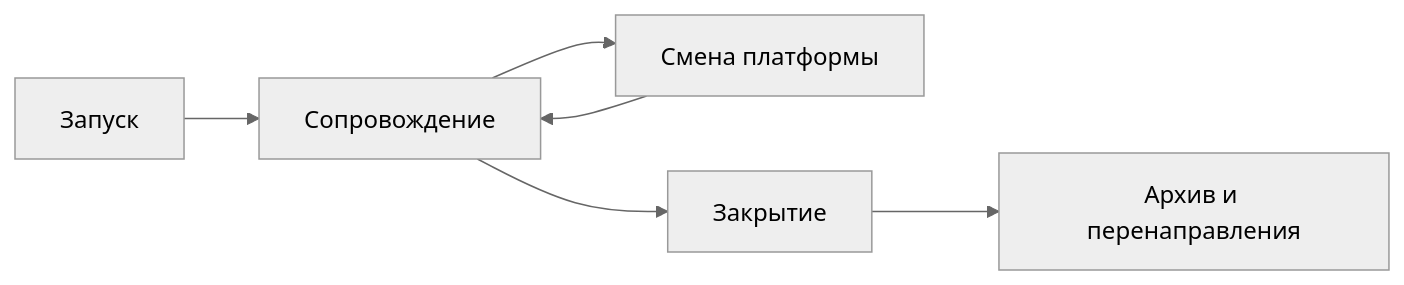
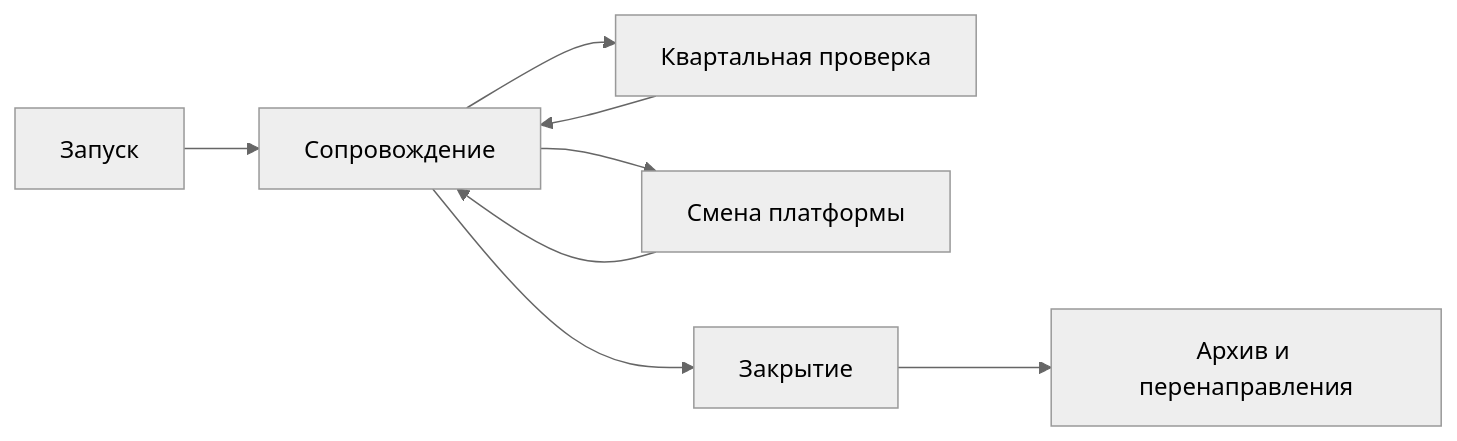
The diagram in docs/09-practices/03-lifecycle.md (ivbeg/data-catalogs-book), drawn with Mermaid (neutral theme) before and after one commit. The commit also changed other lines of this file and 64 other files, not shown here.

````diff
--- a/docs/09-practices/03-lifecycle.md
+++ b/docs/09-practices/03-lifecycle.md
@@ -10,8 +10,10 @@
 ```mermaid
 flowchart LR
   L[Запуск] --> G[Сопровождение]
+  G --> Q[Квартальная проверка]
+  Q --> G
   G --> MG[Смена платформы]
   MG --> G
   G --> C[Закрытие]
   C --> AR[Архив и перенаправления]
 ```
````
